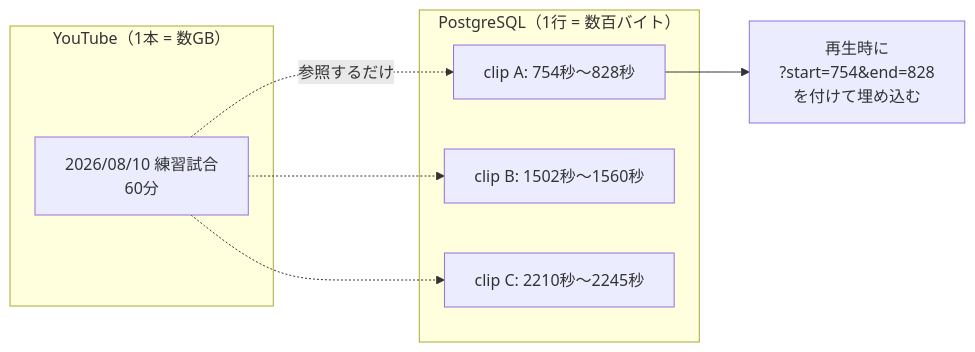
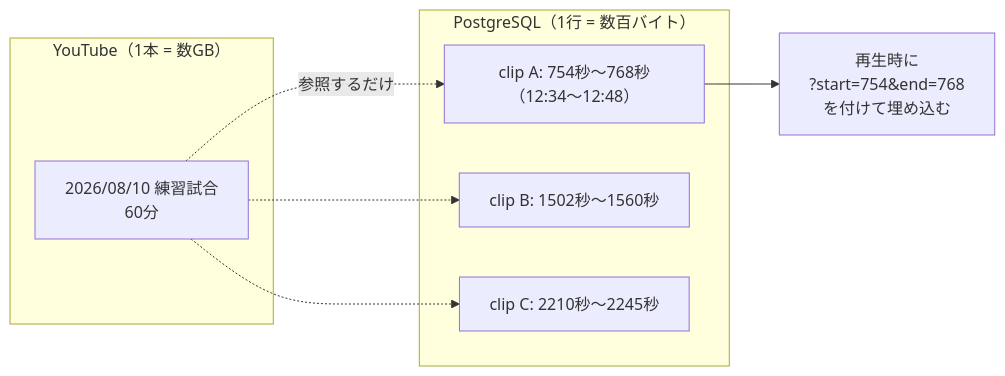
The first of 5 diagrams in docs/video-architecture.md (obertbt/keio-hockey-hub), drawn with Mermaid before and after one commit. The commit also changed 21 other files, not shown here.

````diff
--- a/docs/video-architecture.md
+++ b/docs/video-architecture.md
@@ -17,18 +17,18 @@
 ```mermaid
 flowchart LR
   subgraph yt["YouTube（1本 = 数GB）"]
     video["2026/08/10 練習試合<br/>60分"]
   end
 
   subgraph db["PostgreSQL（1行 = 数百バイト）"]
-    clip1["clip A: 754秒〜828秒"]
+    clip1["clip A: 754秒〜768秒（12:34〜12:48）"]
     clip2["clip B: 1502秒〜1560秒"]
     clip3["clip C: 2210秒〜2245秒"]
   end
 
   video -.->|"参照するだけ"| clip1
   video -.-> clip2
   video -.-> clip3
 
-  clip1 --> play["再生時に<br/>?start=754&end=828<br/>を付けて埋め込む"]
+  clip1 --> play["再生時に<br/>?start=754&end=768<br/>を付けて埋め込む"]
 ```
````
